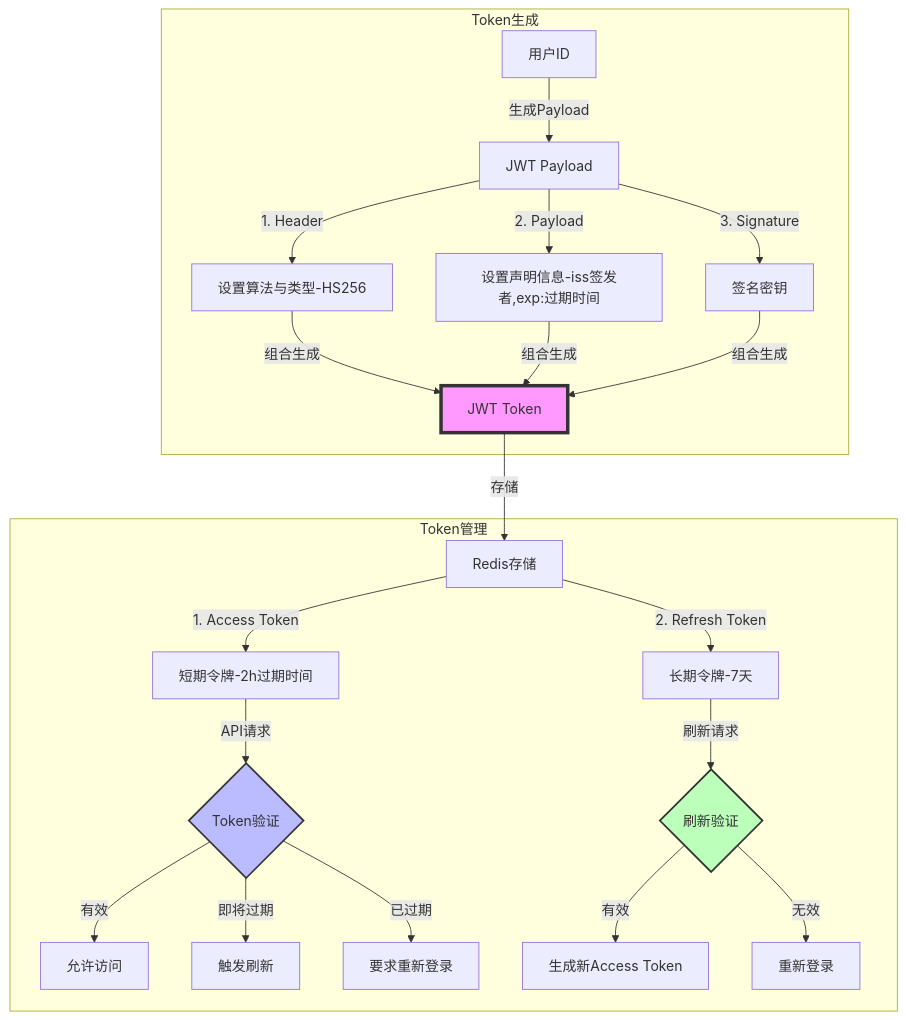
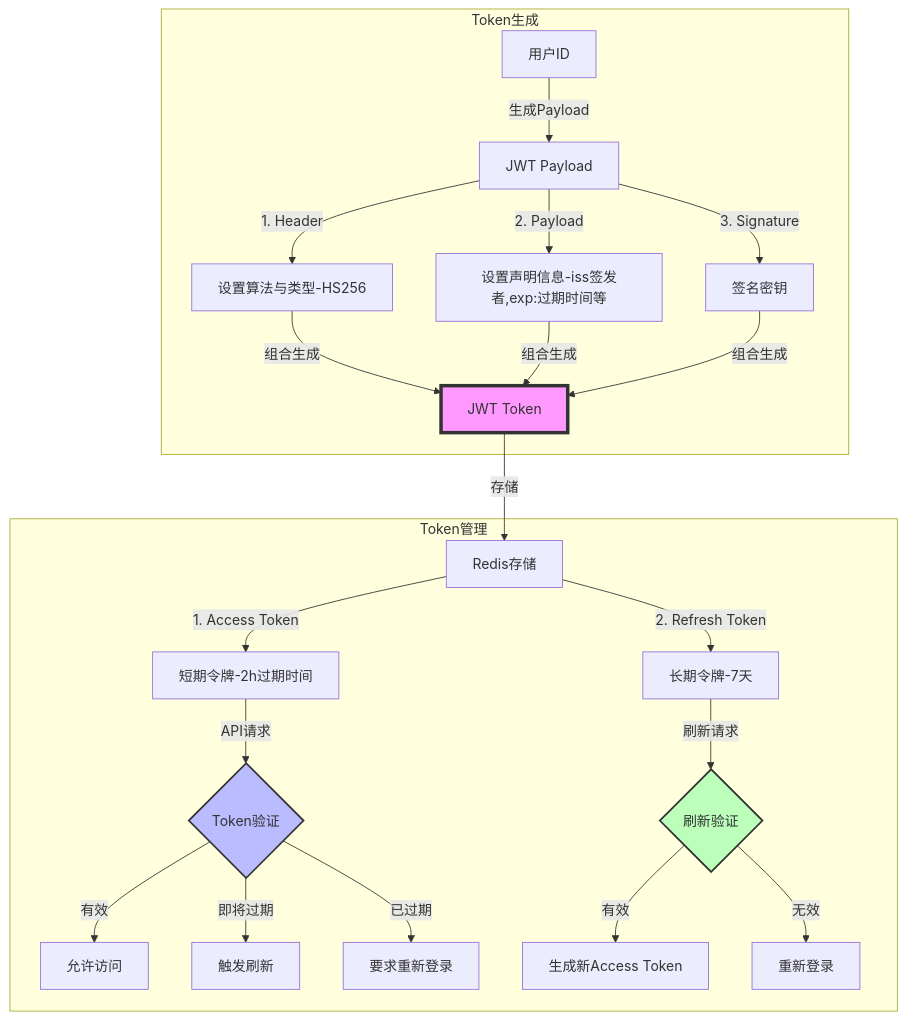
The diagram in all/未命名-10.md (yingjianzh/iodraw-files), drawn with Mermaid before and after one commit.

Commit message:
2025-01-02 11:14:51 update

````diff
--- a/all/未命名-10.md
+++ b/all/未命名-10.md
@@ -1,32 +1,32 @@
 ```mermaid
 
 flowchart TD
     subgraph Token生成
         A[用户ID] -->|生成Payload| B[JWT Payload]
         B -->|1. Header| C[设置算法与类型-HS256]
-        B -->|2. Payload| D[设置声明信息-iss签发者,exp:过期时间]
+        B -->|2. Payload| D[设置声明信息-iss签发者,exp:过期时间等]
         B -->|3. Signature| E[签名密钥]
         C & D & E -->|组合生成| F[JWT Token]
     end
 
 
     subgraph Token管理
         F -->|存储| G[Redis存储]
         G -->|1. Access Token| H[短期令牌-2h过期时间]
         G -->|2. Refresh Token| I[长期令牌-7天]
         
         H -->|API请求| J{Token验证}
         J -->|有效| K[允许访问]
         J -->|即将过期| L[触发刷新]
         J -->|已过期| M[要求重新登录]
         
         I -->|刷新请求| N{刷新验证}
         N -->|有效| O[生成新Access Token]
         N -->|无效| P[重新登录]
     end
 
     style F fill:#f9f,stroke:#333,stroke-width:4px
     style J fill:#bbf,stroke:#333,stroke-width:2px
     style N fill:#bfb,stroke:#333,stroke-width:2px
 
 ```
````
